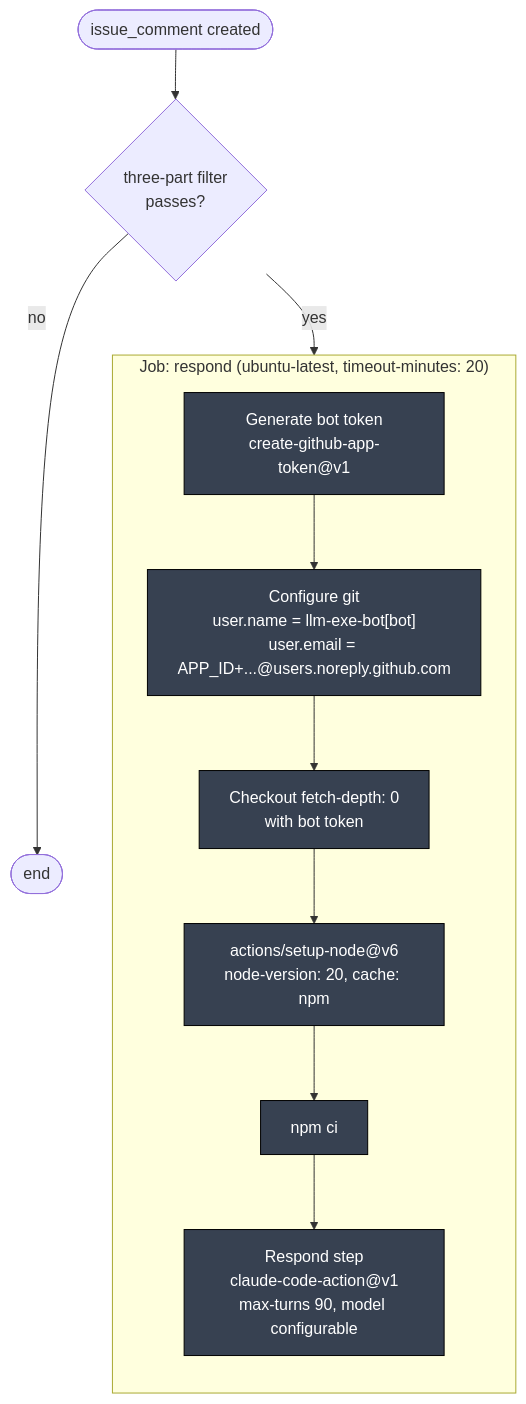
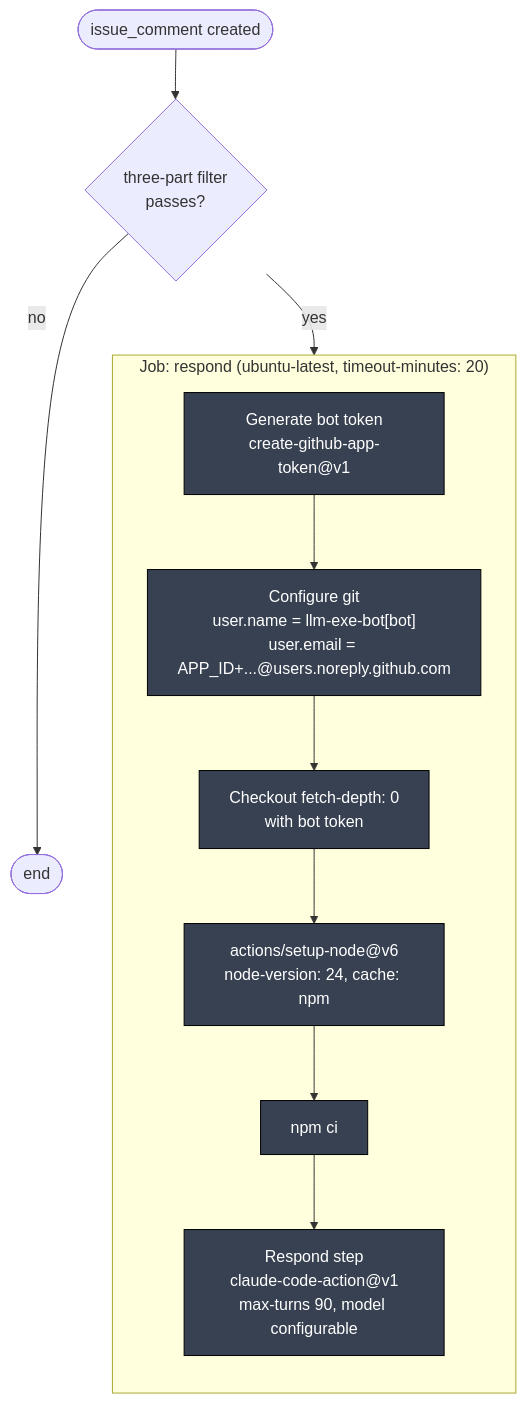
Before and after one commit to llm-exe/llm-exe: the third of 13 diagrams in .github/docs/BOT_RESPOND_DEEP_DIVE.md, drawn with Mermaid. The commit also changed other lines of this file and 6 other files, not shown here.

Commit message:
chore: update Node.js version to 24 in documentation deep dive files

````diff
--- a/.github/docs/BOT_RESPOND_DEEP_DIVE.md
+++ b/.github/docs/BOT_RESPOND_DEEP_DIVE.md
@@ -142,21 +142,21 @@
 ```mermaid
 flowchart TB
     classDef job fill:#1e3a8a,color:#fff,stroke:#000
     classDef step fill:#374151,color:#fff,stroke:#000
 
     start([issue_comment created])
     start --> filt{three-part filter\npasses?}
     filt -->|no| stop([end])
     filt -->|yes| J
 
     subgraph J["Job: respond (ubuntu-latest, timeout-minutes: 20)"]
         direction TB
         s1["Generate bot token\ncreate-github-app-token@v1"]:::step
         s2["Configure git\nuser.name = llm-exe-bot[bot]\nuser.email = APP_ID+...@users.noreply.github.com"]:::step
         s3["Checkout fetch-depth: 0\nwith bot token"]:::step
-        s4["actions/setup-node@v6\nnode-version: 20, cache: npm"]:::step
+        s4["actions/setup-node@v6\nnode-version: 24, cache: npm"]:::step
         s5["npm ci"]:::step
         s6["Respond step\nclaude-code-action@v1\nmax-turns 90, model configurable"]:::step
         s1 --> s2 --> s3 --> s4 --> s5 --> s6
     end
 ```
````
